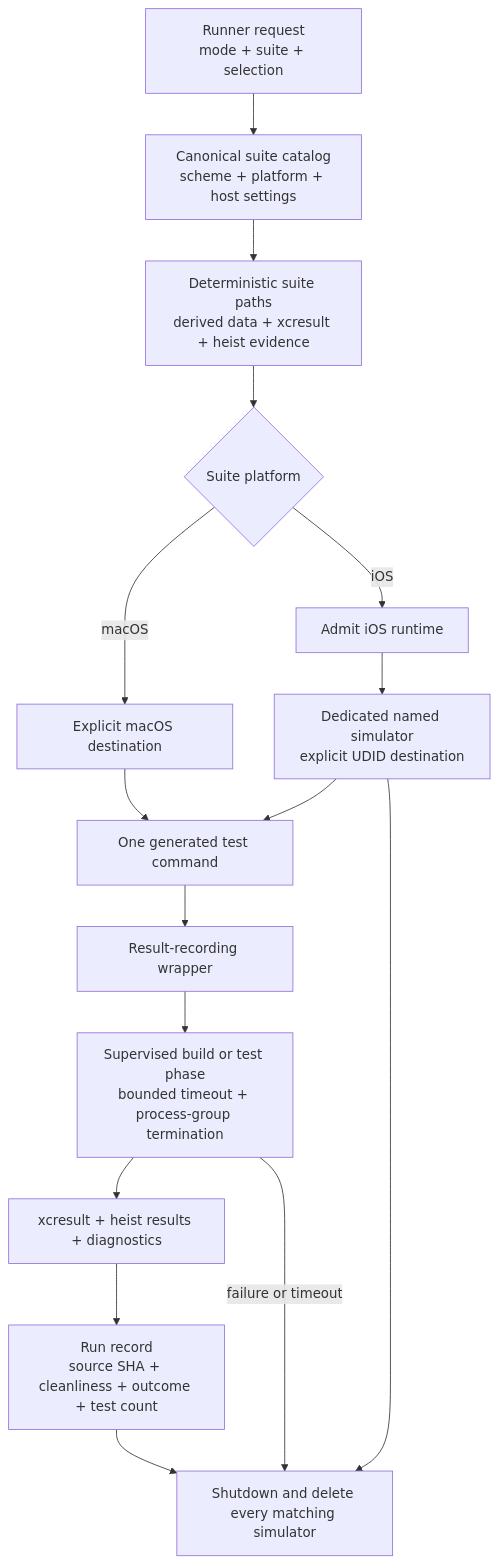
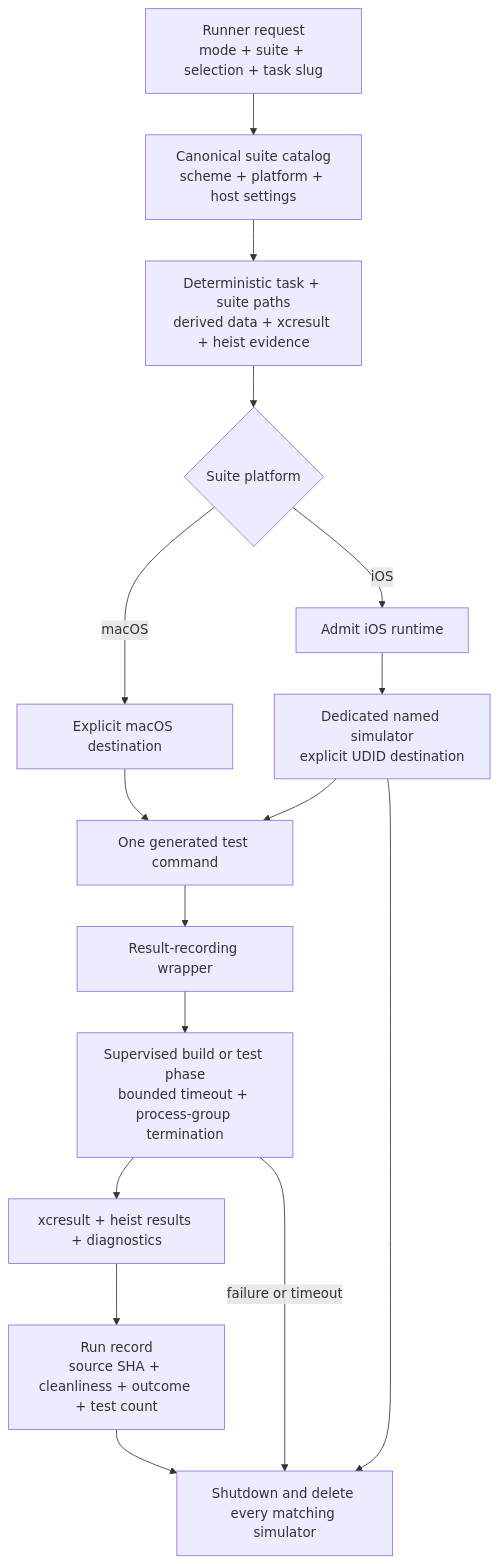
One commit to TheButtonHeist/TheButtonHeist changed the first of 3 diagrams in docs/diagrams/test-runner.md. Above: the diagram before and after it, drawn with Mermaid. The commit also changed other lines of this file and 60 other files, not shown here.

````diff
--- a/docs/diagrams/test-runner.md
+++ b/docs/diagrams/test-runner.md
@@ -15,24 +15,24 @@
 ```mermaid
 flowchart TD
-    Request["Runner request<br/>mode + suite + selection"]
+    Request["Runner request<br/>mode + suite + selection + task slug"]
     Catalog["Canonical suite catalog<br/>scheme + platform + host settings"]
-    Paths["Deterministic suite paths<br/>derived data + xcresult + heist evidence"]
+    Paths["Deterministic task + suite paths<br/>derived data + xcresult + heist evidence"]
     Destination{"Suite platform"}
     Mac["Explicit macOS destination"]
     Runtime["Admit iOS runtime"]
     Simulator["Dedicated named simulator<br/>explicit UDID destination"]
     Command["One generated test command"]
     Wrapper["Result-recording wrapper"]
     Phase["Supervised build or test phase<br/>bounded timeout + process-group termination"]
     Evidence["xcresult + heist results + diagnostics"]
     Record["Run record<br/>source SHA + cleanliness + outcome + test count"]
     Cleanup["Shutdown and delete every matching simulator"]
 
     Request --> Catalog --> Paths --> Destination
     Destination -->|macOS| Mac --> Command
     Destination -->|iOS| Runtime --> Simulator --> Command
     Command --> Wrapper --> Phase --> Evidence --> Record
     Simulator --> Cleanup
     Phase -->|failure or timeout| Cleanup
     Record --> Cleanup
 ```
````
